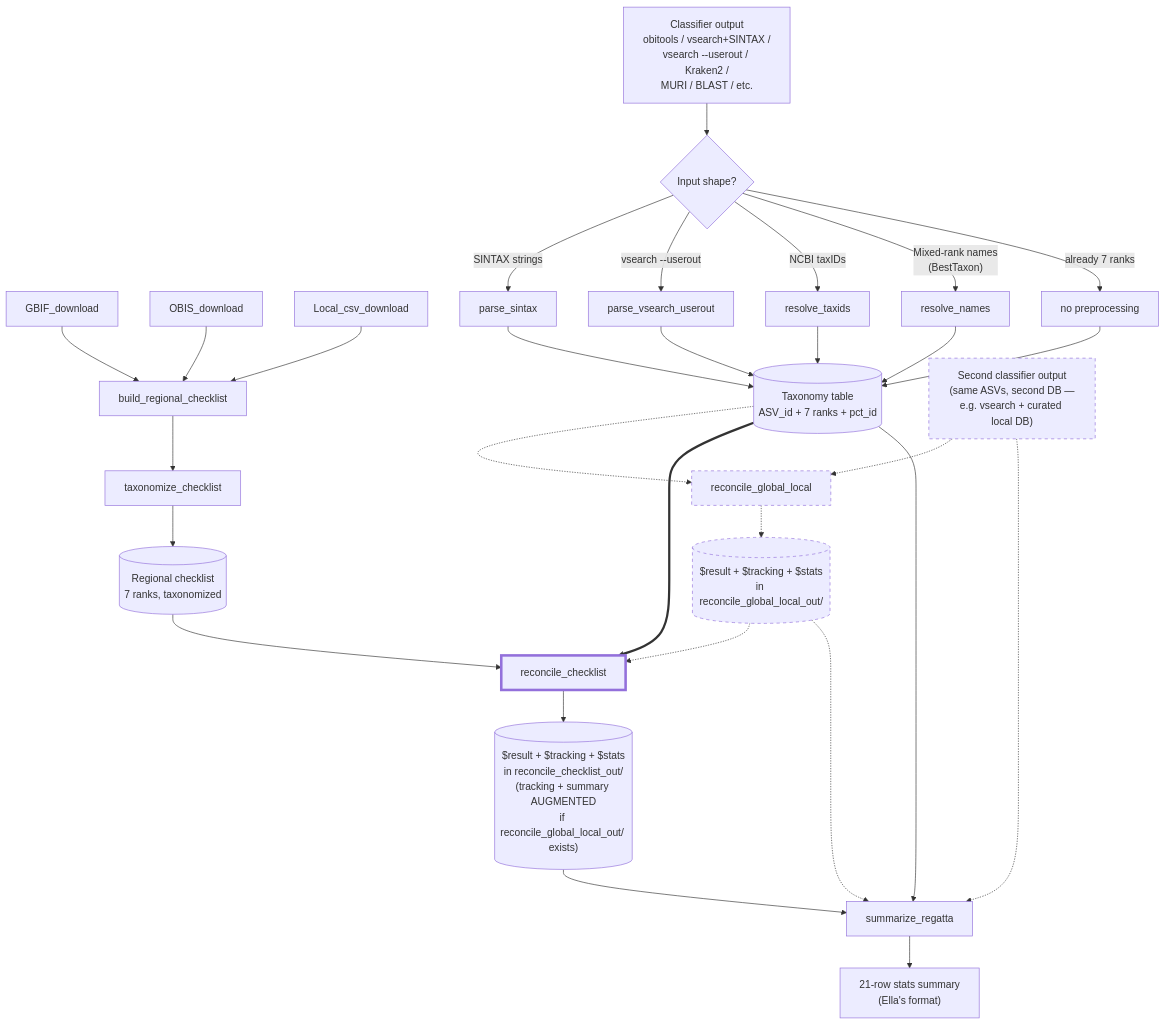
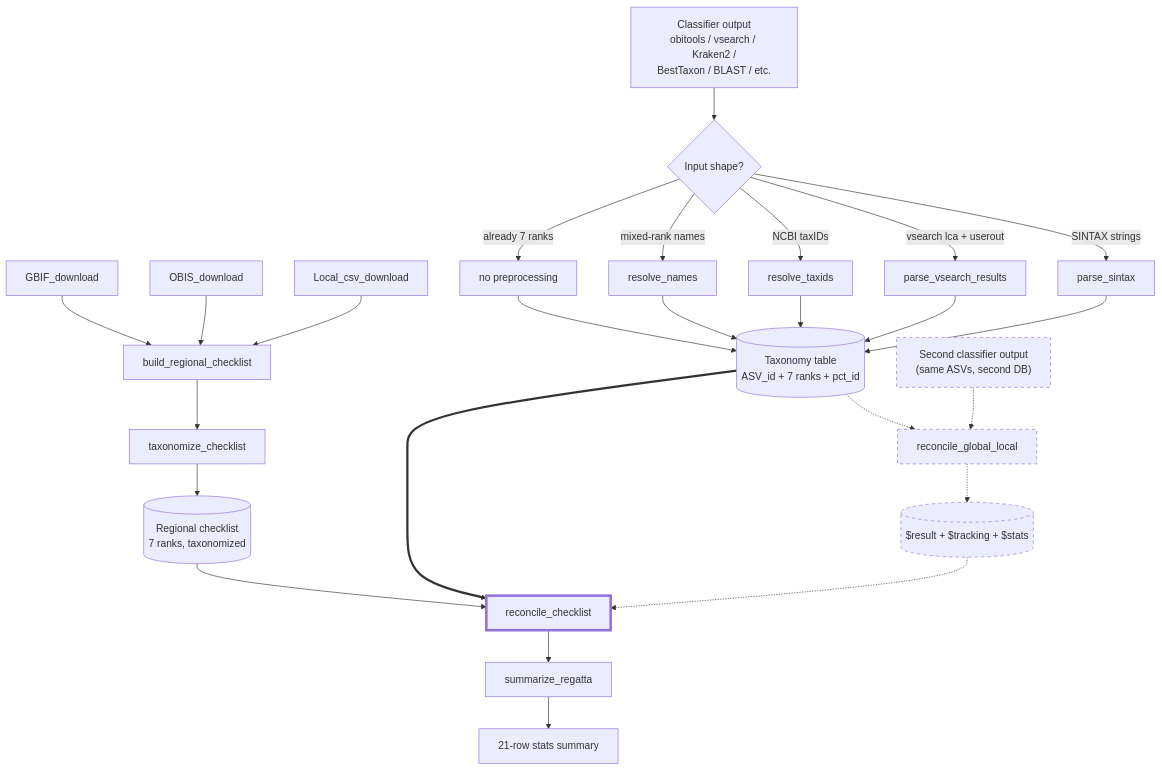
One commit to EWisely/REGATTA changed the diagram in README.md. Above: the diagram before and after it, drawn with Mermaid. The commit also changed other lines of this file and 4 other files, not shown here.

````diff
--- a/README.md
+++ b/README.md
@@ -87,47 +77,35 @@
 ```mermaid
 flowchart TD
-    %% Regional-checklist construction — runs once per region + taxonomic group
     A[GBIF_download] --> D[build_regional_checklist]
     B[OBIS_download] --> D
     C[Local_csv_download] --> D
     D --> E[taxonomize_checklist]
     E --> F[("Regional checklist<br/>7 ranks, taxonomized")]
 
-    %% Classifier-output preprocessing — once per classifier
-    G["Classifier output<br/>obitools / vsearch+SINTAX /<br/>vsearch --userout / Kraken2 /<br/>MURI / BLAST / etc."] --> H{Input shape?}
+    G["Classifier output<br/>obitools / vsearch / Kraken2 /<br/>BestTaxon / BLAST / etc."] --> H{Input shape?}
     H -->|SINTAX strings| I[parse_sintax]
-    H -->|"vsearch --userout"| I2[parse_vsearch_userout]
+    H -->|"vsearch lca + userout"| I2[parse_vsearch_results]
     H -->|NCBI taxIDs| J[resolve_taxids]
-    H -->|"Mixed-rank names<br/>(BestTaxon)"| N1[resolve_names]
+    H -->|mixed-rank names| N1[resolve_names]
     H -->|already 7 ranks| K[no preprocessing]
-    I  --> L[("Taxonomy table<br/>ASV_id + 7 ranks + pct_id")]
+    I --> L[("Taxonomy table<br/>ASV_id + 7 ranks + pct_id")]
     I2 --> L
-    J  --> L
+    J --> L
     N1 --> L
-    K  --> L
+    K --> L
 
-    %% OPTIONAL: reconcile_global_local (dashed throughout)
-    L2["Second classifier output<br/>(same ASVs, second DB —<br/>e.g. vsearch + curated local DB)"] -.-> Q[reconcile_global_local]
+    L2["Second classifier output<br/>(same ASVs, second DB)"] -.-> Q[reconcile_global_local]
     L -.-> Q
-    Q -.-> R1[("$result + $tracking + $stats<br/>in reconcile_global_local_out/")]
+    Q -.-> R1[("$result + $tracking + $stats")]
     R1 -.-> M
 
-    %% CORE: reconcile_checklist
     F --> M[reconcile_checklist]
     L ==> M
-    M --> M_out[("$result + $tracking + $stats<br/>in reconcile_checklist_out/<br/>(tracking + summary AUGMENTED<br/>if reconcile_global_local_out/ exists)")]
+    M --> S[summarize_regatta]
+    S --> T["21-row stats summary"]
 
-    %% Cross-stage summary
-    M_out --> S[summarize_regatta]
-    L --> S
-    L2 -.-> S
-    R1 -.-> S
-    S --> T["21-row stats summary<br/>(Ella's format)"]
-
-    %% Style optional path dashed
     style L2 stroke-dasharray: 5 5
     style Q  stroke-dasharray: 5 5
     style R1 stroke-dasharray: 5 5
-    %% Style the core function bold
     style M  stroke-width:4px
 ```
````
